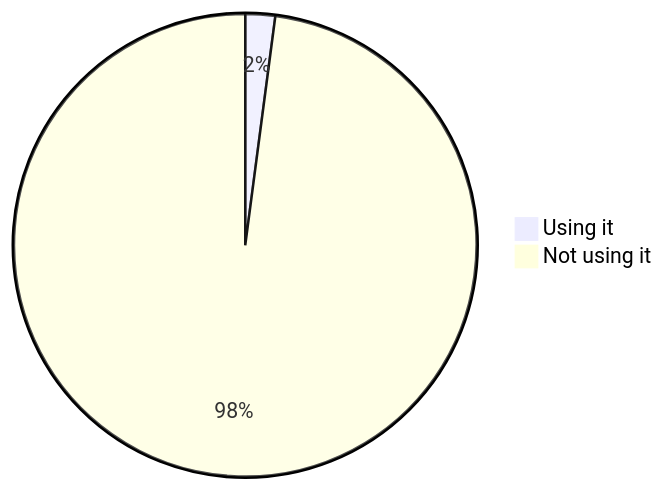
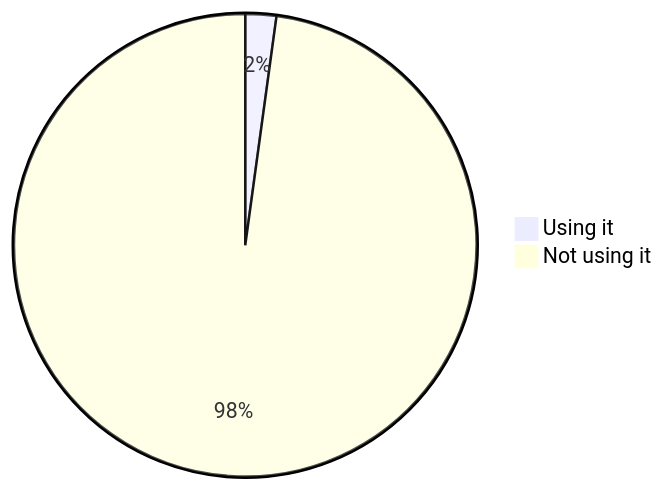
The eighth of 22 diagrams in stats.md (oshp/oshp-stats), drawn with Mermaid before and after one commit. The commit also changed other lines of this file, not shown here.

````diff
--- a/stats.md
+++ b/stats.md
@@ -94,6 +94,6 @@
 ```mermaid
 pie
-	"Using it" : 2.08
-	"Not using it" : 97.92
+	"Using it" : 2.16
+	"Not using it" : 97.84
 
 ```
````
